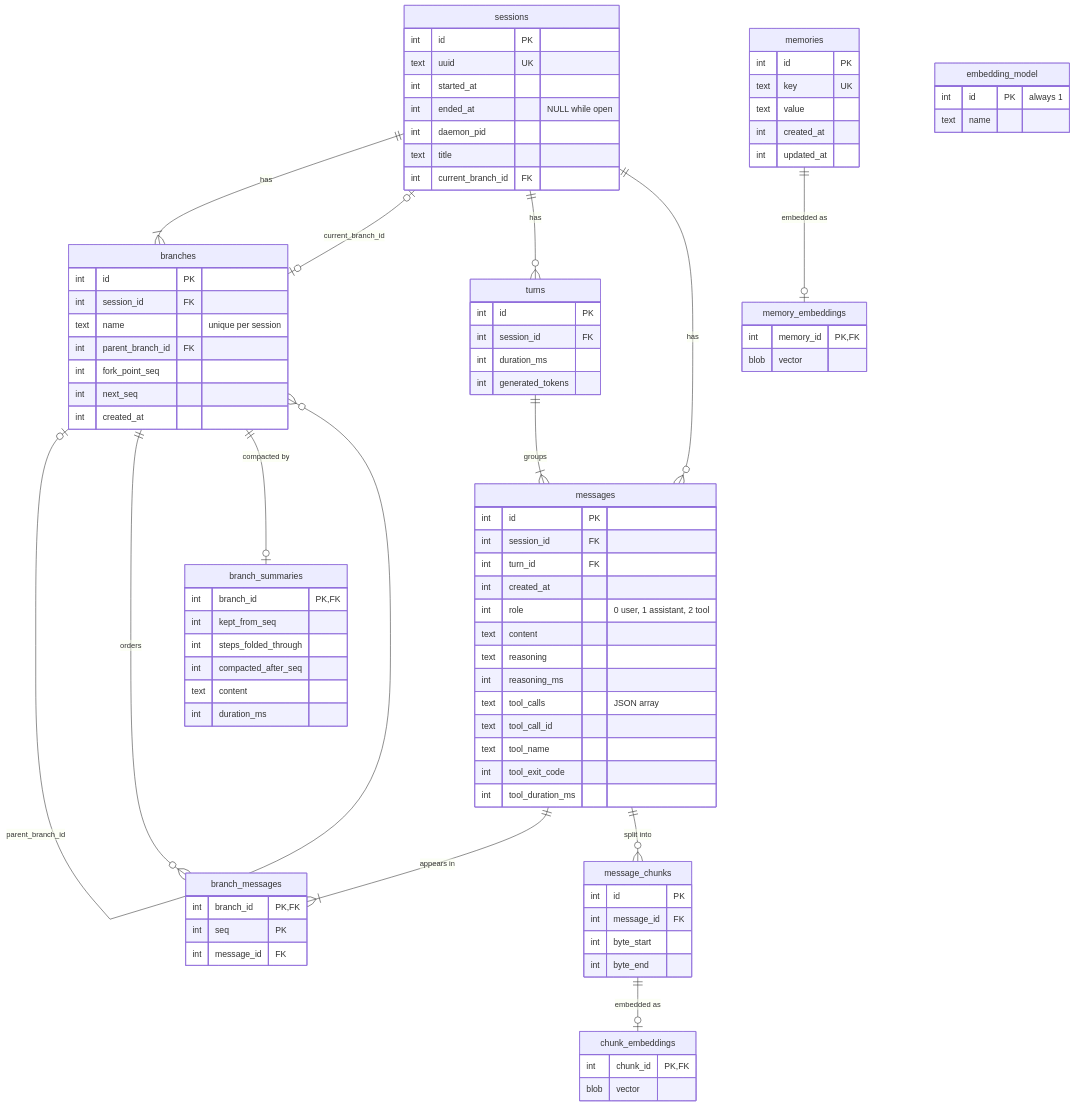
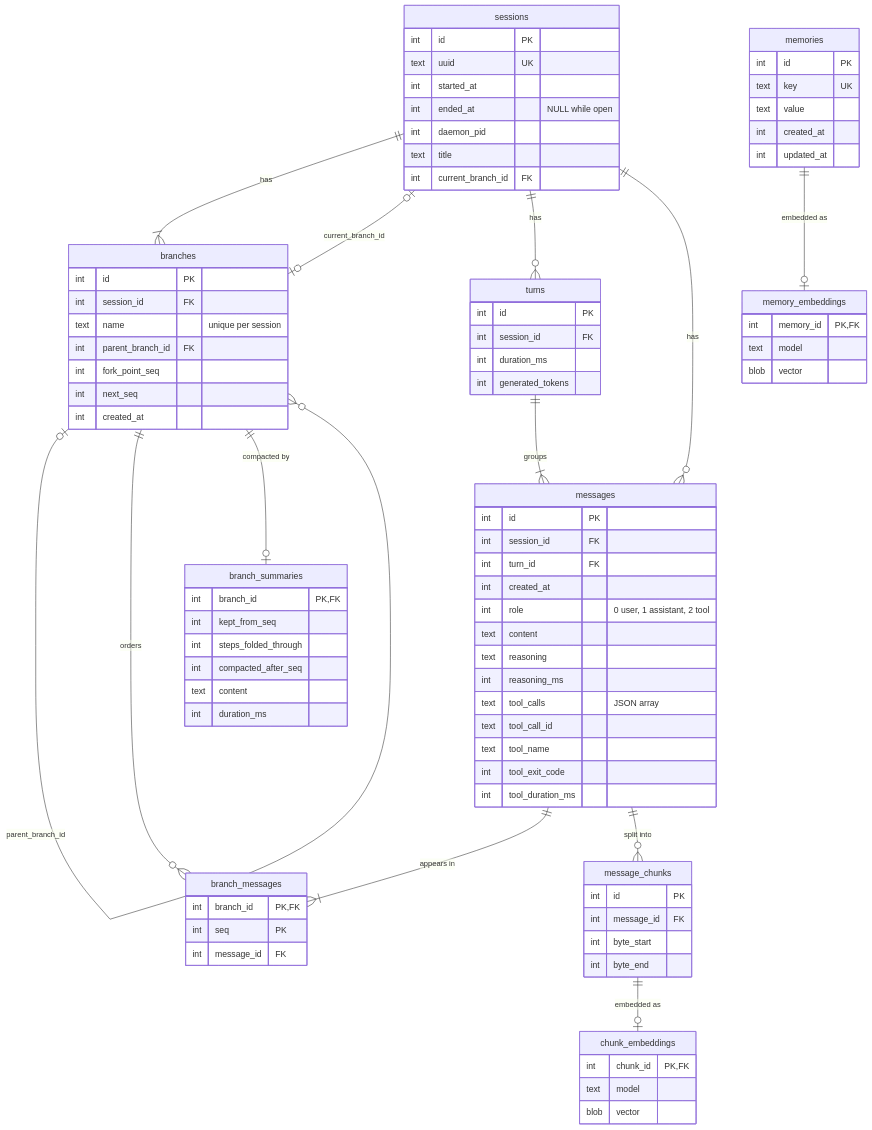
The diagram in docs/database.md (gnolruf/assistd), drawn with Mermaid before and after one commit. The commit also changed other lines of this file and 10 other files, not shown here.

````diff
--- a/docs/database.md
+++ b/docs/database.md
@@ -86,16 +86,14 @@
         int byte_start
         int byte_end
     }
-    embedding_model {
-        int id PK "always 1"
-        text name
-    }
     chunk_embeddings {
         int chunk_id PK, FK
+        text model
         blob vector
     }
     memory_embeddings {
         int memory_id PK, FK
+        text model
         blob vector
     }
 ```
````
